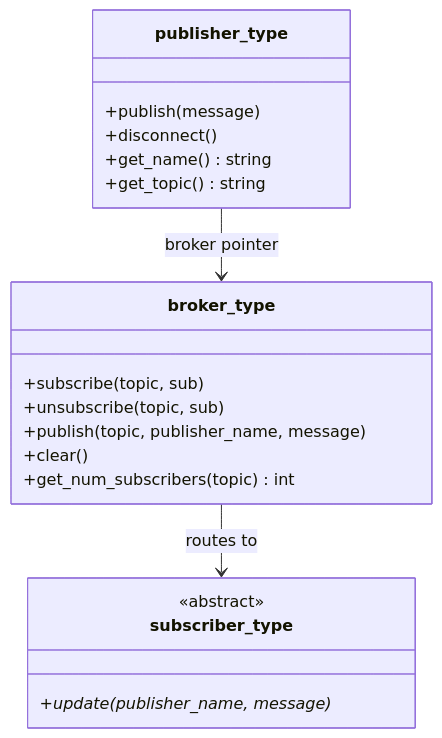
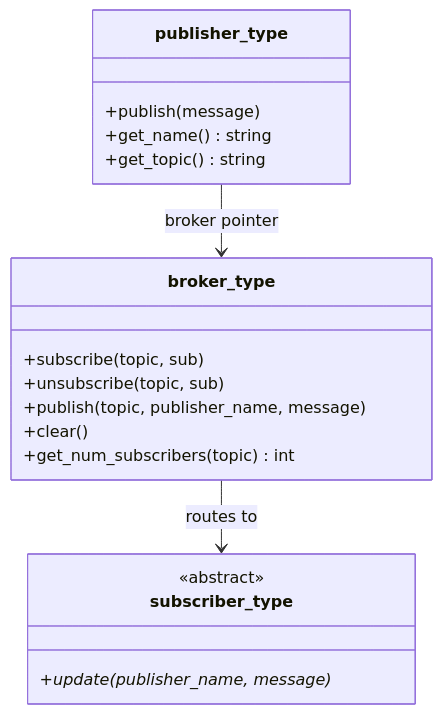
The diagram in README.md (kiz0329/fortran-publisher-subscriber), drawn with Mermaid before and after one commit. The commit also changed other lines of this file and 3 other files, not shown here.

````diff
--- a/README.md
+++ b/README.md
@@ -26,23 +26,22 @@
 ```mermaid
 classDiagram
     class broker_type {
         +subscribe(topic, sub)
         +unsubscribe(topic, sub)
         +publish(topic, publisher_name, message)
         +clear()
         +get_num_subscribers(topic) int
     }
     class publisher_type {
         +publish(message)
-        +disconnect()
         +get_name() string
         +get_topic() string
     }
     class subscriber_type {
         <<abstract>>
         +update(publisher_name, message)*
     }
 
     publisher_type --> broker_type : broker pointer
     broker_type --> subscriber_type : routes to
 ```
````
